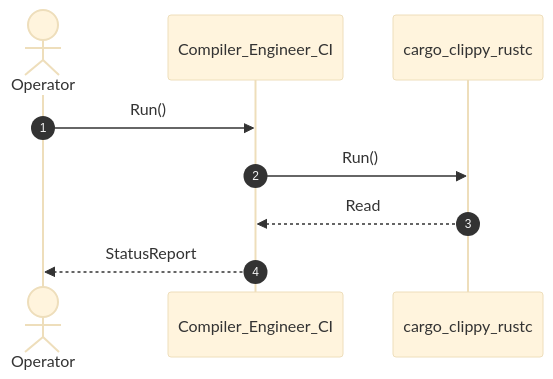
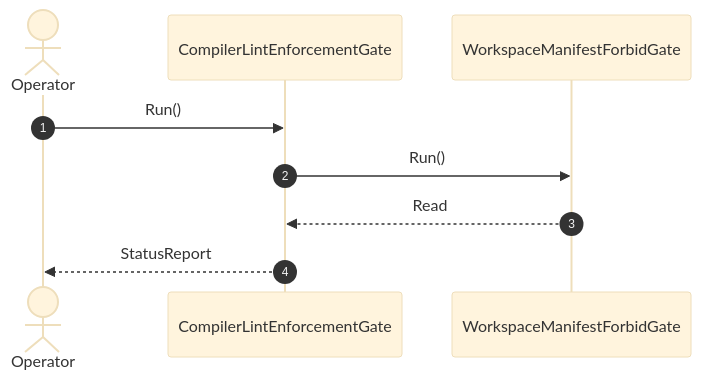
The diagram in .pipeline/upstream/docs/user-stories/US-05-Run.md (gintatkinson/DEAP01-spec-core), drawn with Mermaid (base theme) before and after one commit. The commit also changed other lines of this file and 179 other files, not shown here.

Commit message:
fix(compiler): remediate upstream specification forward projection, diagram synthesis, and GitHub blob URL resolution

````diff
--- a/.pipeline/upstream/docs/user-stories/US-05-Run.md
+++ b/.pipeline/upstream/docs/user-stories/US-05-Run.md
@@ -16,11 +16,11 @@
 ```mermaid
 sequenceDiagram
     autonumber
     actor Operator
-    participant Compiler_Engineer_CI
-    participant cargo_clippy_rustc
-    Operator->>Compiler_Engineer_CI: Run()
-    Compiler_Engineer_CI->>cargo_clippy_rustc: Run()
-    cargo_clippy_rustc-->>Compiler_Engineer_CI: Read
-    Compiler_Engineer_CI-->>Operator: StatusReport
+    participant CompilerLintEnforcementGate
+    participant WorkspaceManifestForbidGate
+    Operator->>CompilerLintEnforcementGate: Run()
+    CompilerLintEnforcementGate->>WorkspaceManifestForbidGate: Run()
+    WorkspaceManifestForbidGate-->>CompilerLintEnforcementGate: Read
+    CompilerLintEnforcementGate-->>Operator: StatusReport
 ```
````
